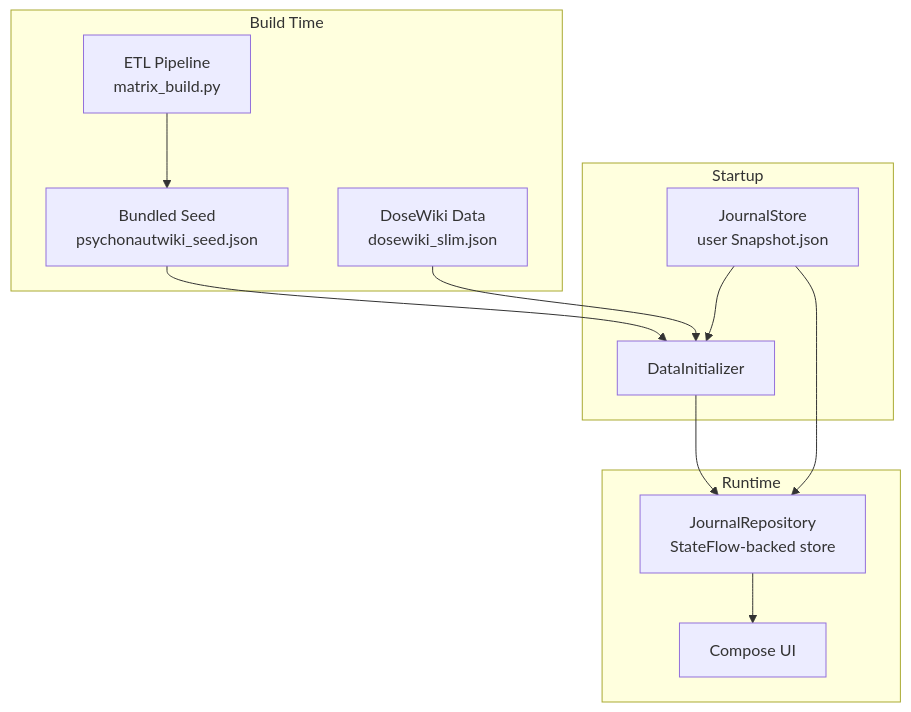
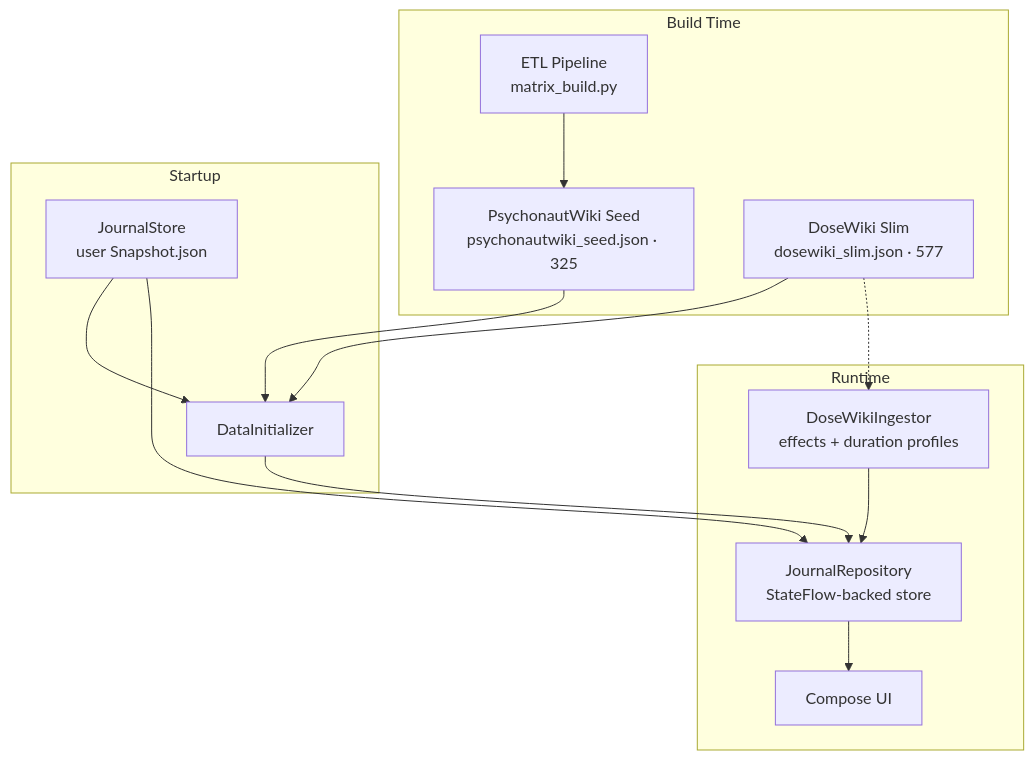
Before and after one commit to Wolren/NepentheJournal: the diagram in README.md, drawn with Mermaid. The commit also changed other lines of this file, not shown here.

Commit message:
docs(readme): put DoseWiki front and centre; refresh stale facts

````diff
--- a/README.md
+++ b/README.md
@@ -77,22 +99,24 @@
 ```mermaid
 graph TB
   subgraph "Build Time"
     A[ETL Pipeline<br>matrix_build.py]
-    B[Bundled Seed<br>psychonautwiki_seed.json]
-    C[DoseWiki Data<br>dosewiki_slim.json]
+    B[PsychonautWiki Seed<br>psychonautwiki_seed.json · 325]
+    C[DoseWiki Slim<br>dosewiki_slim.json · 577]
     A --> B
   end
 
   subgraph "Startup"
     D[DataInitializer]
     B --> D
     C --> D
     E[JournalStore<br>user Snapshot.json] --> D
   end
 
   subgraph "Runtime"
     D --> F[JournalRepository<br>StateFlow-backed store]
     F --> G[Compose UI]
     E --> F
+    C -.-> H[DoseWikiIngestor<br>effects + duration profiles]
+    H --> F
   end
 ```
````
